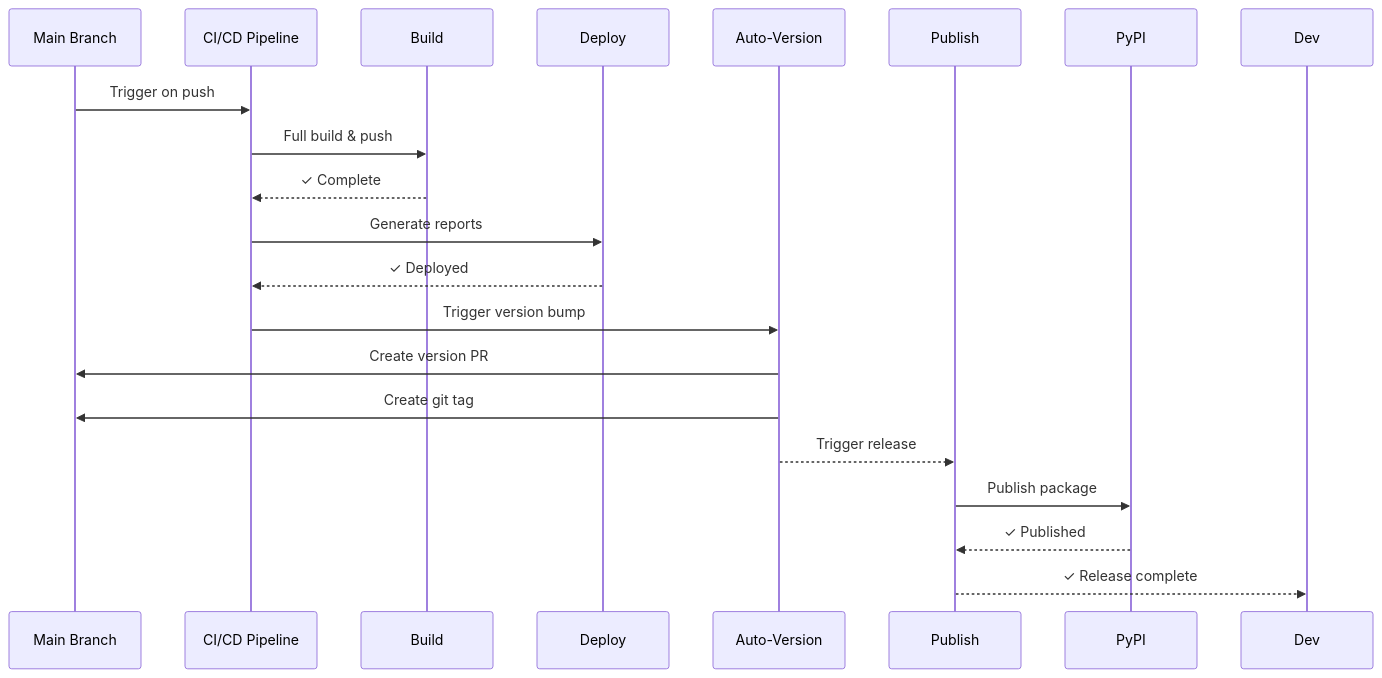
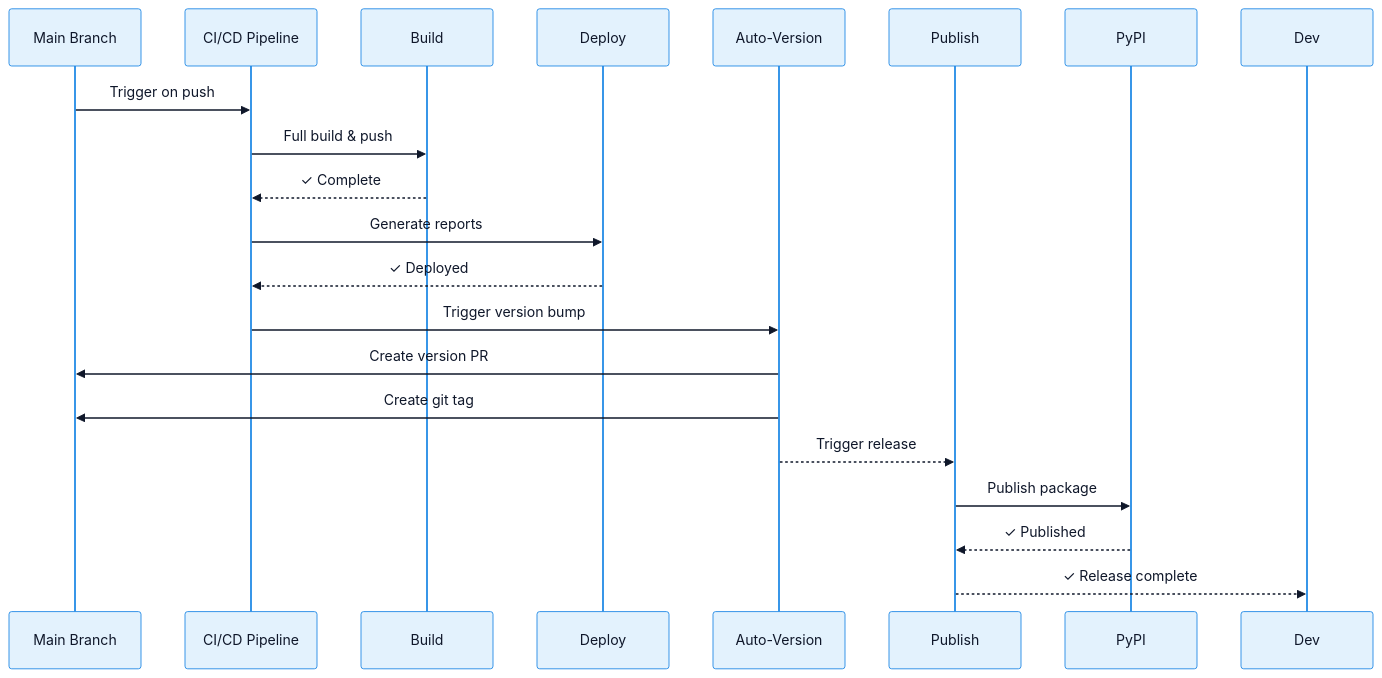
One commit to jim-wyatt/msn-weather-wrapper changed the second of 4 diagrams in docs/WORKFLOW_DIAGRAM.md. Above: the diagram before and after it, drawn with Mermaid. The commit also changed other lines of this file and 21 other files, not shown here.

````diff
--- a/docs/WORKFLOW_DIAGRAM.md
+++ b/docs/WORKFLOW_DIAGRAM.md
@@ -49,27 +50,28 @@
 ```mermaid
+%%{init: {'theme': 'base', 'themeVariables': {'primaryColor': '#E3F2FD', 'primaryTextColor': '#0F172A', 'primaryBorderColor': '#1E88E5', 'lineColor': '#1E88E5', 'secondaryColor': '#BBDEFB', 'tertiaryColor': '#90CAF9', 'edgeLabelBackground': '#E3F2FD'}}}%%
 sequenceDiagram
     participant Main as Main Branch
     participant CI as CI/CD Pipeline
     participant Build as Build
     participant Deploy as Deploy
     participant Auto as Auto-Version
     participant Pub as Publish
     participant PyPI as PyPI
 
     Main->>CI: Trigger on push
 
     CI->>Build: Full build & push
     Build-->>CI: ✓ Complete
 
     CI->>Deploy: Generate reports
     Deploy-->>CI: ✓ Deployed
 
     CI->>Auto: Trigger version bump
     Auto->>Main: Create version PR
     Auto->>Main: Create git tag
     Auto-->>Pub: Trigger release
 
     Pub->>PyPI: Publish package
     PyPI-->>Pub: ✓ Published
     Pub-->>Dev: ✓ Release complete
 ```
````
